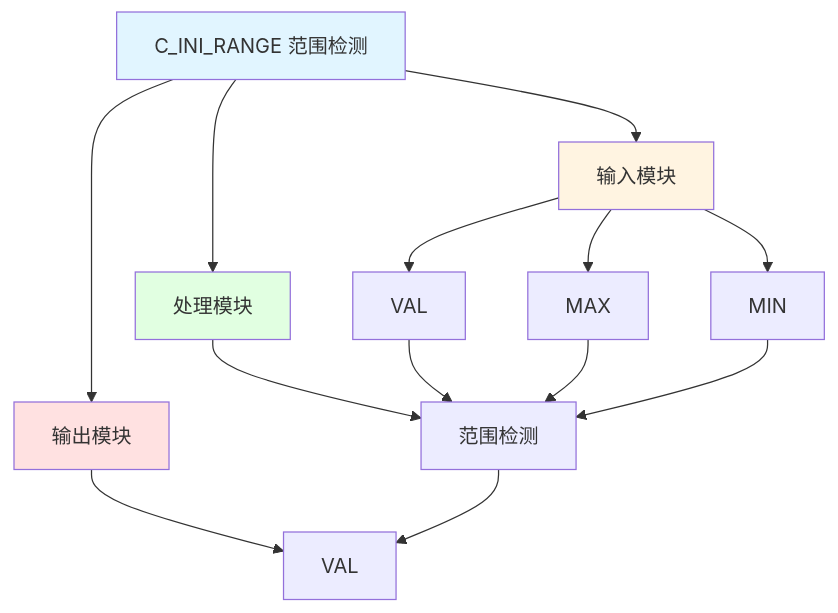
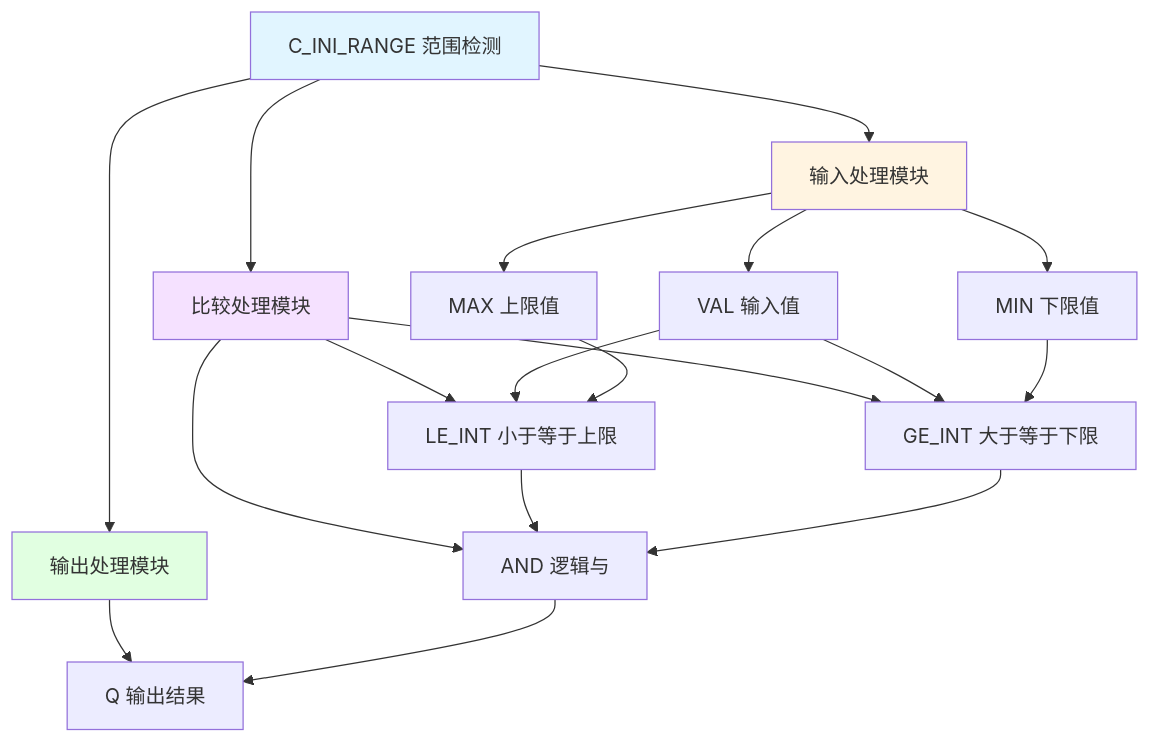
The diagram in C_INI_RANGE_分析报告.md (dlgt6/c), drawn with Mermaid before and after one commit. The commit also changed other lines of this file and 25 other files, not shown here.

````diff
--- a/C_INI_RANGE_分析报告.md
+++ b/C_INI_RANGE_分析报告.md
@@ -19,24 +30,29 @@
 ```mermaid
 graph TD
-    A[C_INI_RANGE 范围检测] --> B[输入模块]
-    A --> C[处理模块]
-    A --> D[输出模块]
+    A[C_INI_RANGE 范围检测] --> B[输入处理模块]
+    A --> C[比较处理模块]
+    A --> D[输出处理模块]
     
-    B --> B1[VAL]
-    B --> B2[MAX]
-    B --> B3[MIN]
+    B --> B1[VAL 输入值]
+    B --> B2[MIN 下限值]
+    B --> B3[MAX 上限值]
     
-    C --> C1[范围检测]
+    C --> C1[LE_INT 小于等于上限]
+    C --> C2[GE_INT 大于等于下限]
+    C --> C3[AND 逻辑与]
     
-    D --> D1[VAL]
+    D --> D1[Q 输出结果]
     
     B1 --> C1
-    B2 --> C1
     B3 --> C1
-    C1 --> D1
+    B1 --> C2
+    B2 --> C2
+    C1 --> C3
+    C2 --> C3
+    C3 --> D1
     
     style A fill:#e1f5ff
     style B fill:#fff4e1
-    style C fill:#e1ffe1
-    style D fill:#ffe1e1
+    style C fill:#f5e1ff
+    style D fill:#e1ffe1
 ```
````
